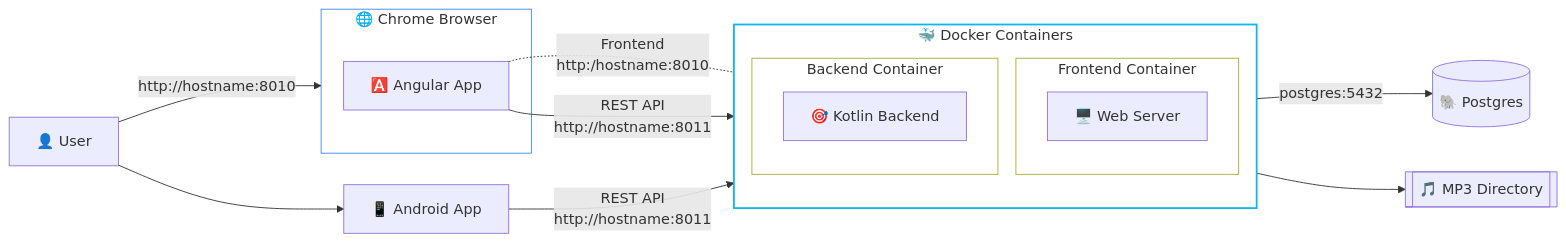
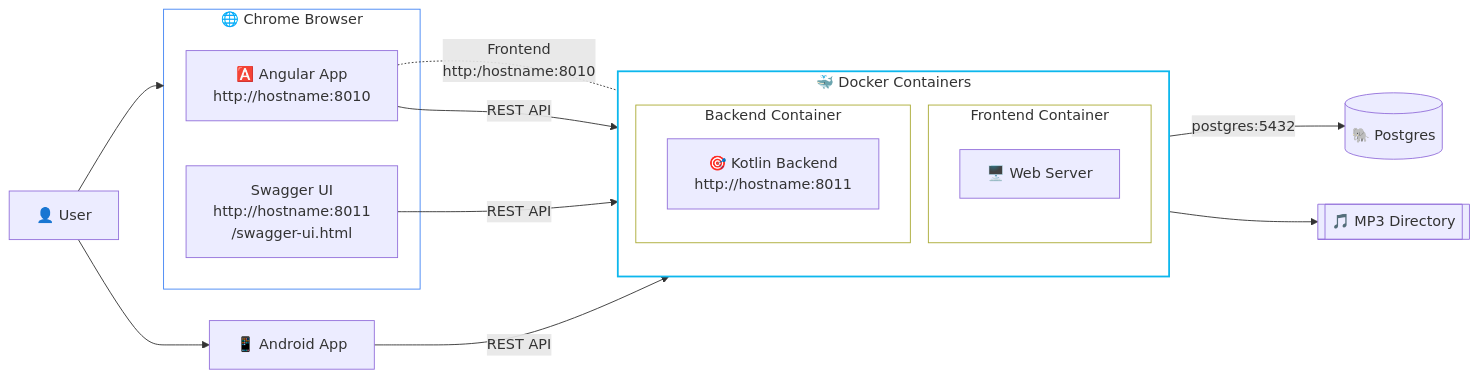
Before and after one commit to richardeigenmann/Music-Spring: the first of 2 diagrams in README.md, drawn with Mermaid.

Commit message:
Update mermaid diagram

````diff
--- a/README.md
+++ b/README.md
@@ -33,50 +33,51 @@
 ```mermaid
 graph LR
     %% Entity Definitions
     User["👤 User"]
 
     Android["📱 Android App"]
     
     subgraph Browser ["🌐 Chrome Browser"]
-        App["🅰️ Angular App"]
+        App["🅰️ Angular App\nhttp://hostname:8010"]
+        Swagger["Swagger UI\nhttp://hostname:8011\n/swagger-ui.html"]
     end
 
     subgraph Docker ["🐳 Docker Containers"]
         direction TB
         subgraph FE ["Frontend Container"]
             WS["🖥️ Web Server"]
         end
         
         %% Vertical strut
         %%FE ~~~ BE
         
         subgraph BE ["Backend Container"]
-            Backend["🎯 Kotlin Backend"]
+            Backend["🎯 Kotlin Backend\nhttp://hostname:8011"]
         end
     end
 
     DB[("🐘 Postgres")]
     Files[["🎵 MP3 Directory"]]
    
-    User -->|http://hostname:8010| Browser
+    User --> Browser
     
     User --> Android
 
     %% Reverse the arrow syntax to force WS to the RIGHT of App
     App <-.-|Frontend\nhttp:/hostname:8010| WS
     
     %% Standard flow to the backend
-    App -->|REST API\nhttp://hostname:8011| Backend
-    
-    Android -->|REST API\nhttp://hostname:8011| Backend
+    App -->|REST API| Backend
+    Swagger -->|REST API| Backend
+    Android -->|REST API| Backend
 
     %% Backend data flow
     Backend -->|postgres:5432| DB
     Backend --> Files
 
     %% Styling
     style Browser fill:#fff,stroke:#4285F4
     style Docker fill:#fff,stroke:#0db7ed,stroke-width:2px
     style FE fill:#fff
     style BE fill:#fff
 ```
````
